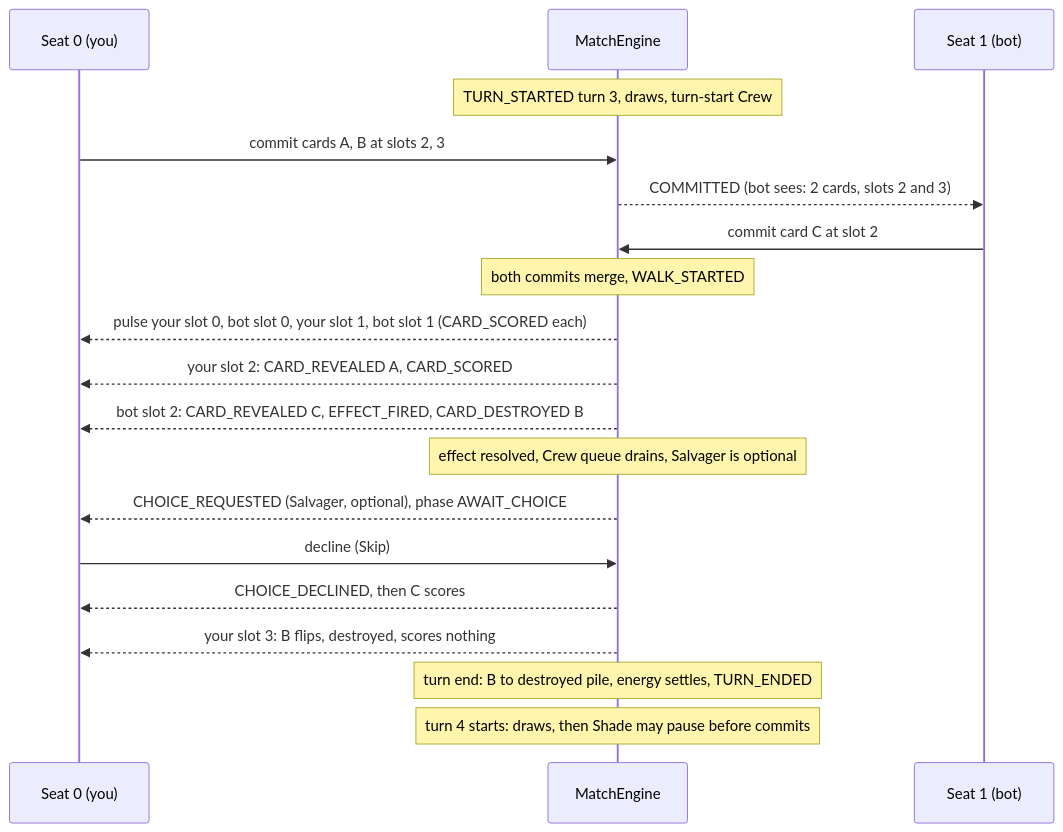
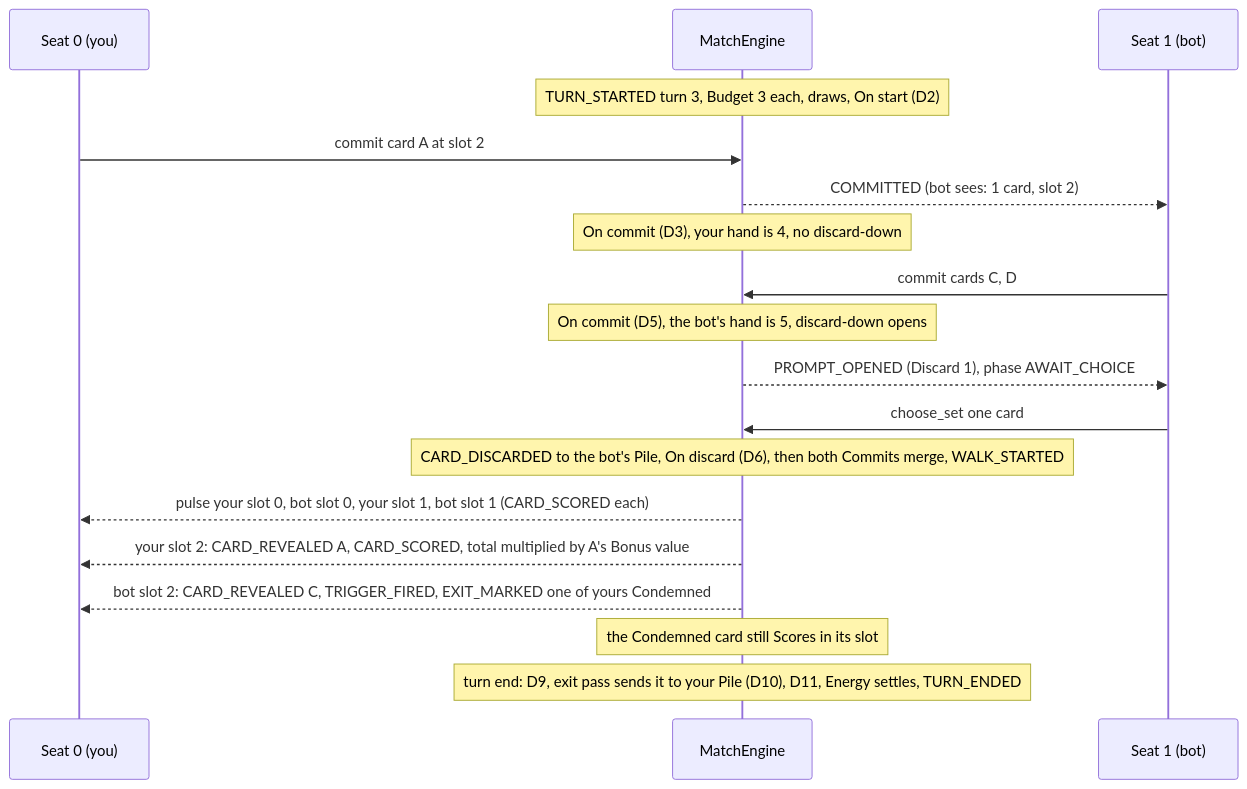
The second of 2 diagrams in docs/systems/game-loop.md (bknize/midnightearth), drawn with Mermaid before and after one commit. The commit also changed other lines of this file and 8 other files, not shown here.

````diff
--- a/docs/systems/game-loop.md
+++ b/docs/systems/game-loop.md
@@ -214,21 +289,20 @@
 ```mermaid
 sequenceDiagram
     participant You as Seat 0 (you)
     participant E as MatchEngine
     participant Bot as Seat 1 (bot)
-    Note over E: TURN_STARTED turn 3, draws, turn-start Crew
-    You->>E: commit cards A, B at slots 2, 3
-    E-->>Bot: COMMITTED (bot sees: 2 cards, slots 2 and 3)
-    Bot->>E: commit card C at slot 2
-    Note over E: both commits merge, WALK_STARTED
+    Note over E: TURN_STARTED turn 3, Budget 3 each, draws, On start (D2)
+    You->>E: commit card A at slot 2
+    E-->>Bot: COMMITTED (bot sees: 1 card, slot 2)
+    Note over E: On commit (D3), your hand is 4, no discard-down
+    Bot->>E: commit cards C, D
+    Note over E: On commit (D5), the bot's hand is 5, discard-down opens
+    E-->>Bot: PROMPT_OPENED (Discard 1), phase AWAIT_CHOICE
+    Bot->>E: choose_set one card
+    Note over E: CARD_DISCARDED to the bot's Pile, On discard (D6), then both Commits merge, WALK_STARTED
     E-->>You: pulse your slot 0, bot slot 0, your slot 1, bot slot 1 (CARD_SCORED each)
-    E-->>You: your slot 2: CARD_REVEALED A, CARD_SCORED
-    E-->>You: bot slot 2: CARD_REVEALED C, EFFECT_FIRED, CARD_DESTROYED B
-    Note over E: effect resolved, Crew queue drains, Salvager is optional
-    E-->>You: CHOICE_REQUESTED (Salvager, optional), phase AWAIT_CHOICE
-    You->>E: decline (Skip)
-    E-->>You: CHOICE_DECLINED, then C scores
-    E-->>You: your slot 3: B flips, destroyed, scores nothing
-    Note over E: turn end: B to destroyed pile, energy settles, TURN_ENDED
-    Note over E: turn 4 starts: draws, then Shade may pause before commits
+    E-->>You: your slot 2: CARD_REVEALED A, CARD_SCORED, total multiplied by A's Bonus value
+    E-->>You: bot slot 2: CARD_REVEALED C, TRIGGER_FIRED, EXIT_MARKED one of yours Condemned
+    Note over E: the Condemned card still Scores in its slot
+    Note over E: turn end: D9, exit pass sends it to your Pile (D10), D11, Energy settles, TURN_ENDED
 ```
````
